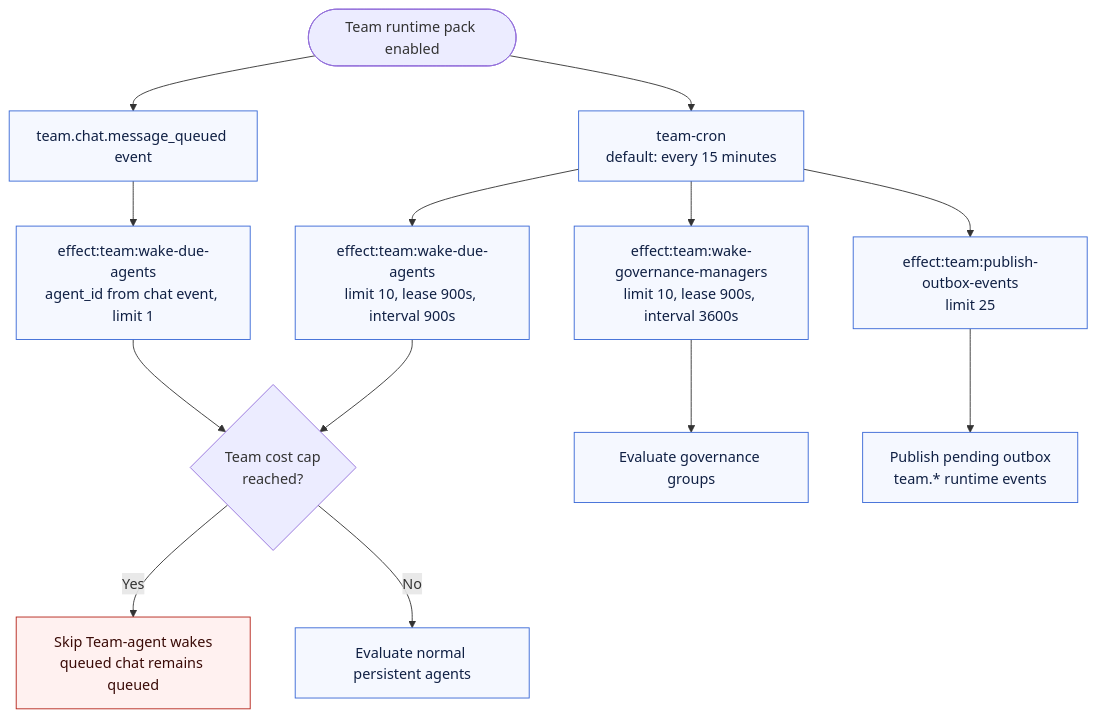
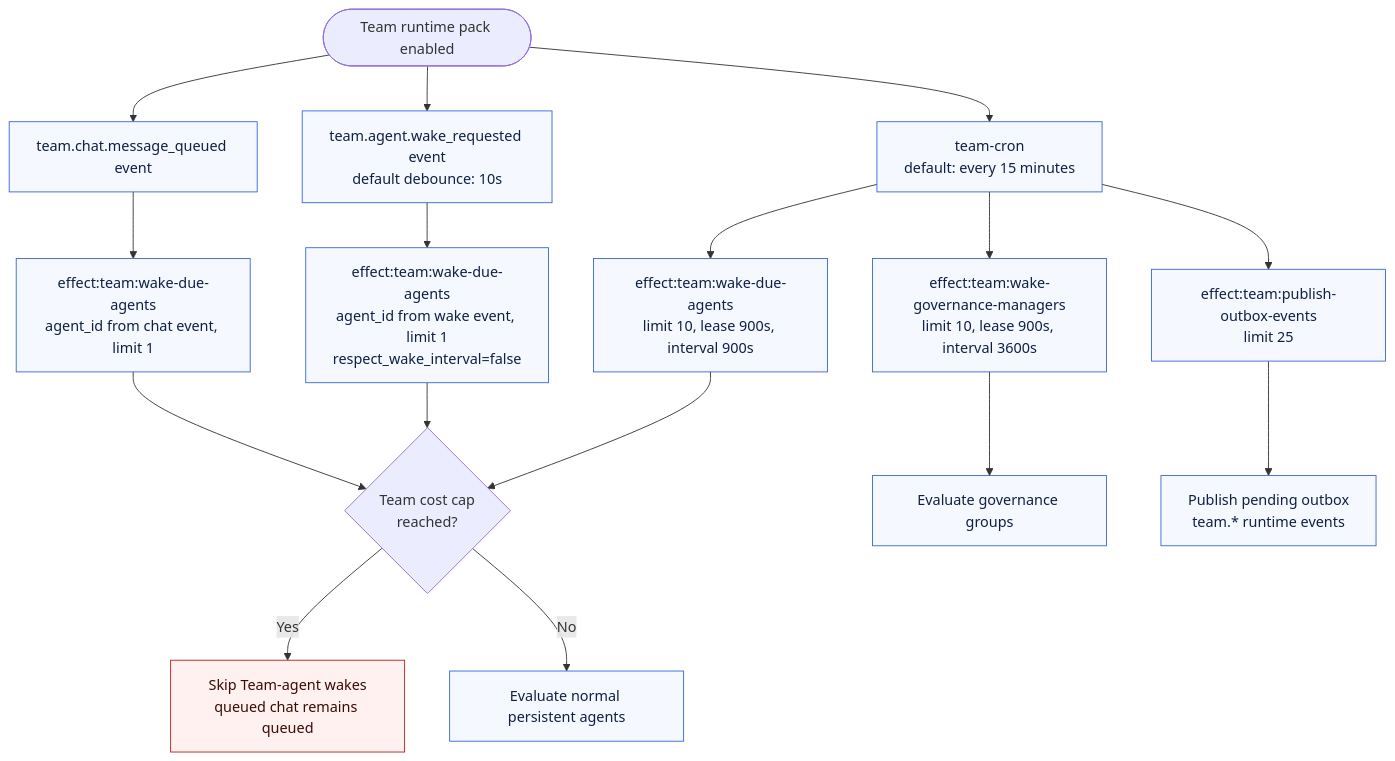
Before and after one commit to QuinthSoftwareSolutions/evander: the first of 7 diagrams in docs/team-addon-wake-decision-tree.md, drawn with Mermaid. The commit also changed other lines of this file and 11 other files, not shown here.

Commit message:
Add debounced Team agent wake requests

````diff
--- a/docs/team-addon-wake-decision-tree.md
+++ b/docs/team-addon-wake-decision-tree.md
@@ -16,26 +17,29 @@
 ```mermaid
 flowchart TD
     start([Team runtime pack enabled])
 
     start --> cron["team-cron<br/>default: every 15 minutes"]
+    start --> wake_event["team.agent.wake_requested event<br/>default debounce: 10s"]
     start --> chat_event["team.chat.message_queued event"]
 
     cron --> normal_effect["effect:team:wake-due-agents<br/>limit 10, lease 900s, interval 900s"]
+    wake_event --> requested_effect["effect:team:wake-due-agents<br/>agent_id from wake event, limit 1<br/>respect_wake_interval=false"]
     chat_event --> chat_effect["effect:team:wake-due-agents<br/>agent_id from chat event, limit 1"]
     cron --> gov_effect["effect:team:wake-governance-managers<br/>limit 10, lease 900s, interval 3600s"]
     cron --> outbox_effect["effect:team:publish-outbox-events<br/>limit 25"]
 
     normal_effect --> cost_guard{"Team cost cap<br/>reached?"}
+    requested_effect --> cost_guard
     chat_effect --> cost_guard
     cost_guard -->|Yes| cost_skip["Skip Team-agent wakes<br/>queued chat remains queued"]
     cost_guard -->|No| normal_tree["Evaluate normal persistent agents"]
 
     gov_effect --> gov_tree["Evaluate governance groups"]
     outbox_effect --> outbox["Publish pending outbox<br/>team.* runtime events"]
 
     classDef wake fill:#e8fff0,stroke:#208a42,color:#102a16;
     classDef skip fill:#fff1f0,stroke:#b42318,color:#3a0b07;
     classDef process fill:#f5f8ff,stroke:#3867d6,color:#102044;
-    class normal_effect,chat_effect,gov_effect,outbox_effect,normal_tree,gov_tree,outbox,cron,chat_event process;
+    class normal_effect,requested_effect,chat_effect,gov_effect,outbox_effect,normal_tree,gov_tree,outbox,cron,wake_event,chat_event process;
     class cost_skip skip;
 ```
````
